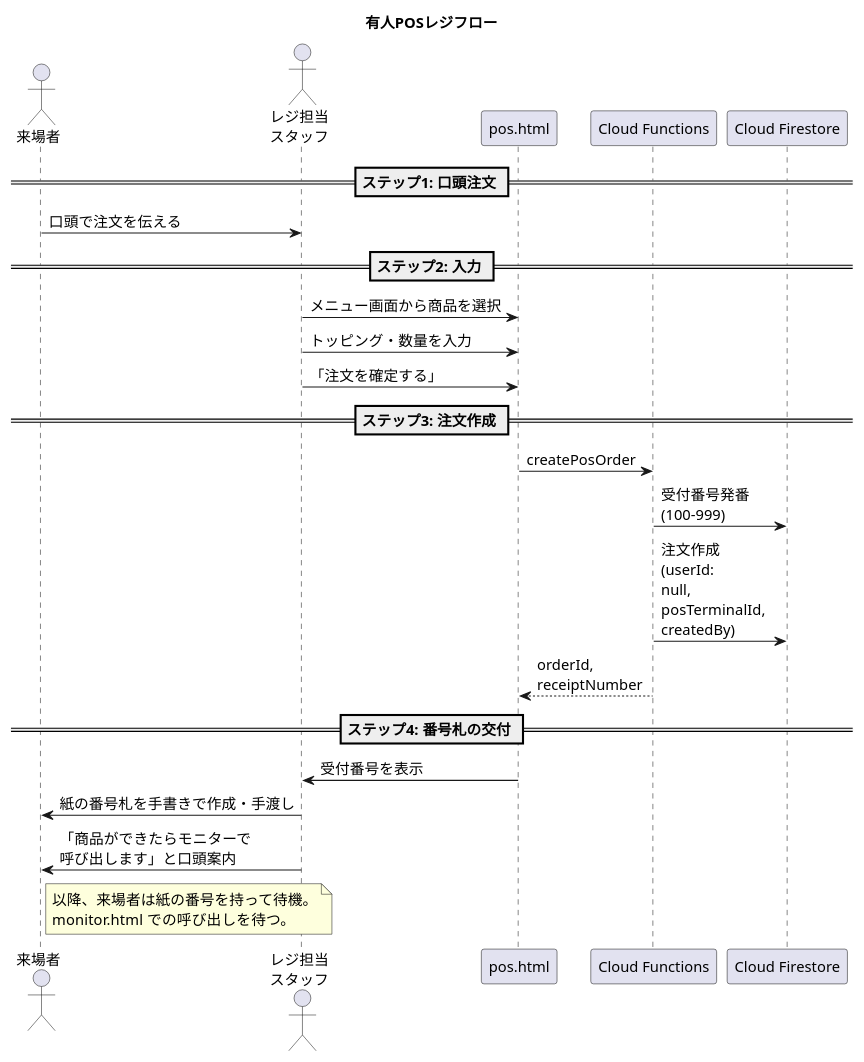
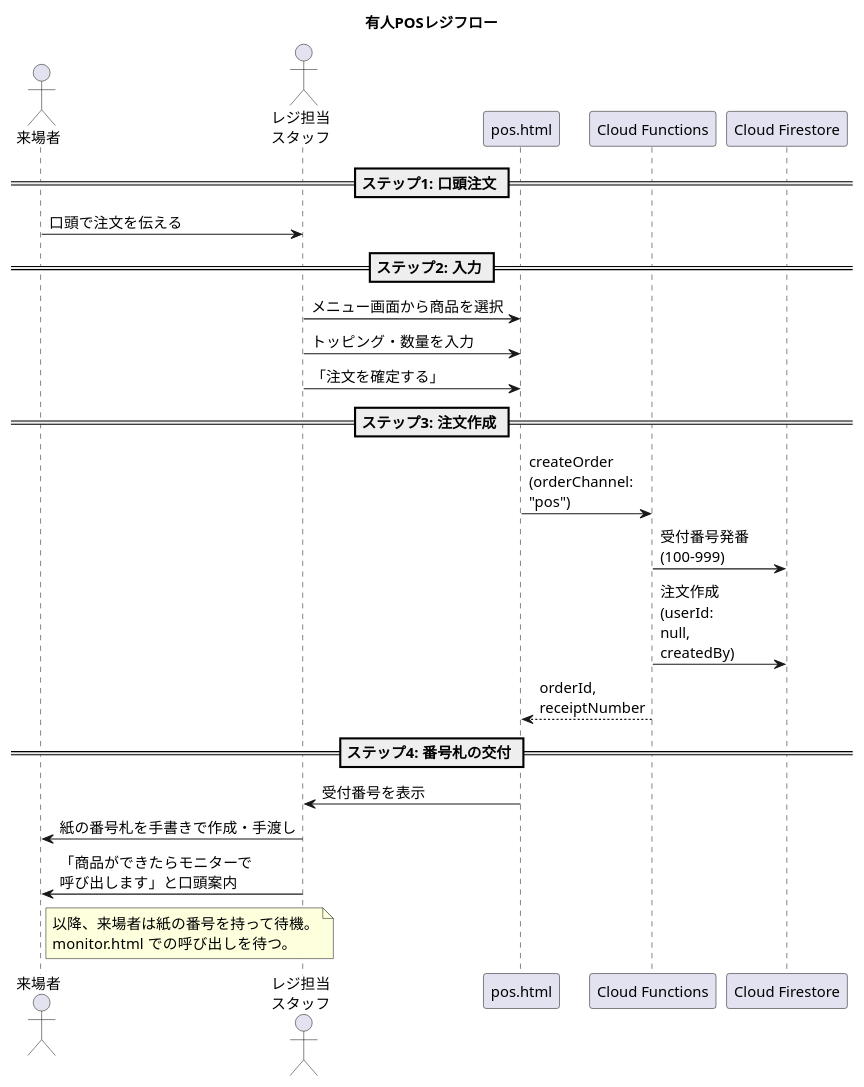
Before and after one commit to ynr-cs/nanryosai2026: the third of 3 diagrams in 設計図/sandbox/第6章.md, drawn with PlantUML. The commit also changed other lines of this file and 2 other files, not shown here.

````diff
--- a/設計図/sandbox/第6章.md
+++ b/設計図/sandbox/第6章.md
@@ -728,40 +719,40 @@
 ```plantuml
 @startuml pos_flow
 title 有人POSレジフロー
 
 scale 800 width
 skinparam defaultFontSize 14
 skinparam maxMessageSize 80
 
 actor 来場者 as Visitor
 actor "レジ担当\nスタッフ" as Staff
 participant "pos.html" as POS
 participant "Cloud Functions" as Functions
 participant "Cloud Firestore" as Firestore
 
 == ステップ1: 口頭注文 ==
 Visitor -> Staff: 口頭で注文を伝える
 
 == ステップ2: 入力 ==
 Staff -> POS: メニュー画面から商品を選択
 Staff -> POS: トッピング・数量を入力
 Staff -> POS: 「注文を確定する」
 
 == ステップ3: 注文作成 ==
-POS -> Functions: createPosOrder
+POS -> Functions: createOrder (orderChannel: "pos")
 Functions -> Firestore: 受付番号発番 (100-999)
-Functions -> Firestore: 注文作成\n(userId: null, posTerminalId, createdBy)
+Functions -> Firestore: 注文作成\n(userId: null, createdBy)
 Functions --> POS: orderId, receiptNumber
 
 == ステップ4: 番号札の交付 ==
 POS -> Staff: 受付番号を表示
 Staff -> Visitor: 紙の番号札を手書きで作成・手渡し
 Staff -> Visitor: 「商品ができたらモニターで\n呼び出します」と口頭案内
 
 note right of Visitor
   以降、来場者は紙の番号を持って待機。
   monitor.html での呼び出しを待つ。
 end note
 
 @enduml
 ```
````
